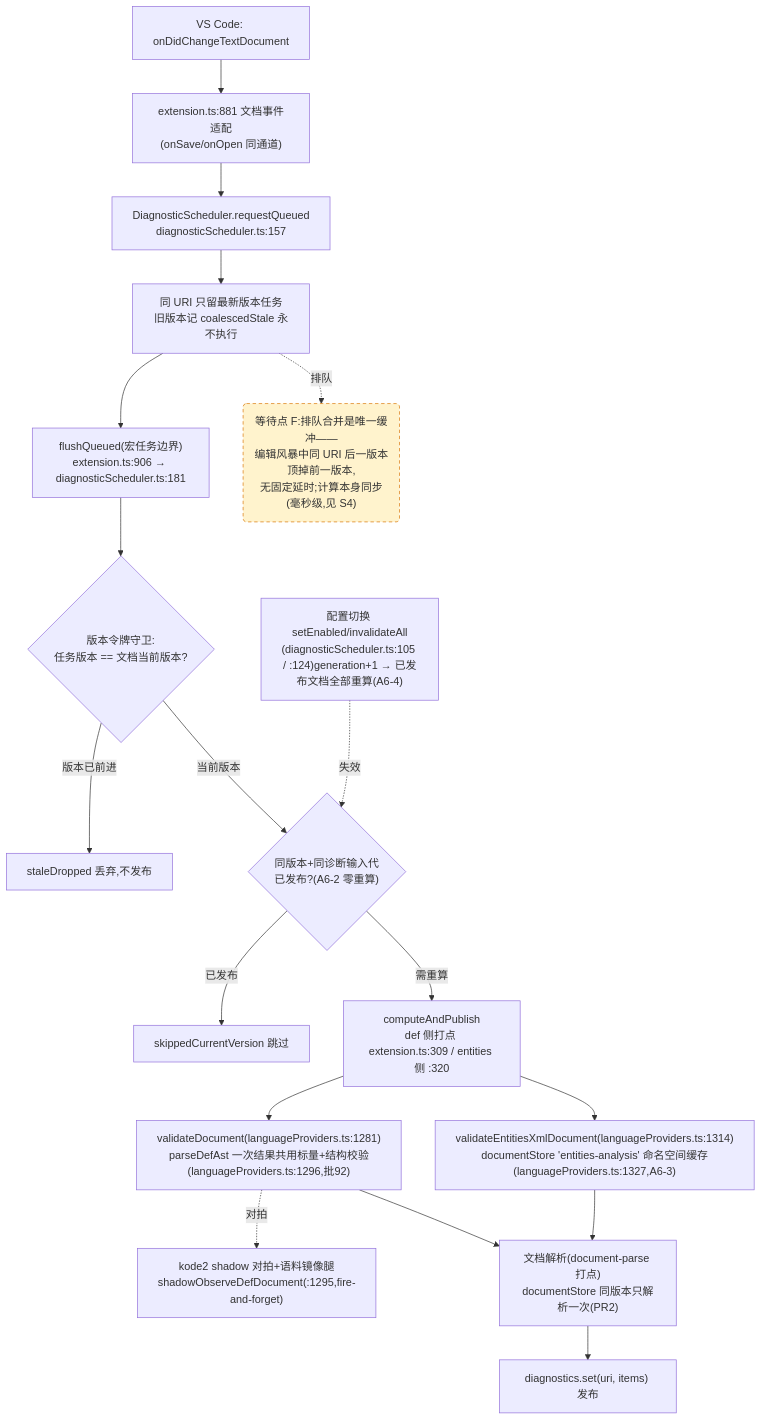
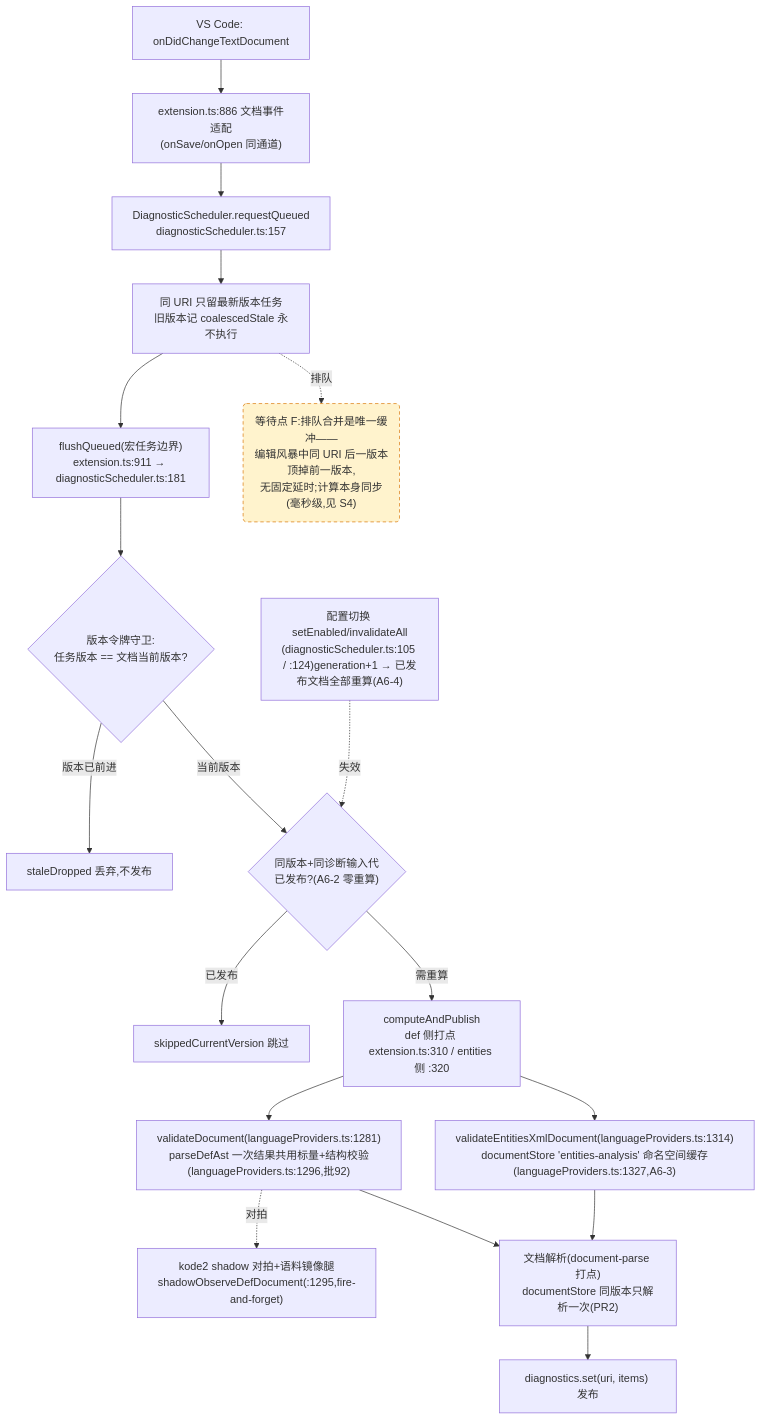
One commit to cuihairu/kode changed the fourth of 4 diagrams in docs/perf/2026-baseline.md. Above: the diagram before and after it, drawn with Mermaid. The commit also changed other lines of this file and 5 other files, not shown here.

````diff
--- a/docs/perf/2026-baseline.md
+++ b/docs/perf/2026-baseline.md
@@ -214,38 +214,38 @@
 ```mermaid
 flowchart TD
   CHG["VS Code: onDidChangeTextDocument"]
-  WATCH["extension.ts:881 文档事件适配<br/>(onSave/onOpen 同通道)"]
+  WATCH["extension.ts:886 文档事件适配<br/>(onSave/onOpen 同通道)"]
   RQ["DiagnosticScheduler.requestQueued<br/>diagnosticScheduler.ts:157"]
   CO["同 URI 只留最新版本任务<br/>旧版本记 coalescedStale 永不执行"]
-  FL["flushQueued(宏任务边界)<br/>extension.ts:906 → diagnosticScheduler.ts:181"]
+  FL["flushQueued(宏任务边界)<br/>extension.ts:911 → diagnosticScheduler.ts:181"]
   VG{"版本令牌守卫:<br/>任务版本 == 文档当前版本?"}
   DROP["staleDropped 丢弃,不发布"]
   GEN{"同版本+同诊断输入代<br/>已发布?(A6-2 零重算)"}
   SKIP["skippedCurrentVersion 跳过"]
-  CALC["computeAndPublish<br/>def 侧打点 extension.ts:309 / entities 侧 :320"]
+  CALC["computeAndPublish<br/>def 侧打点 extension.ts:310 / entities 侧 :320"]
   VD["validateDocument(languageProviders.ts:1281)<br/>parseDefAst 一次结果共用标量+结构校验(languageProviders.ts:1296,批92)"]
   VEX["validateEntitiesXmlDocument(languageProviders.ts:1314)<br/>documentStore 'entities-analysis' 命名空间缓存(languageProviders.ts:1327,A6-3)"]
   SHDD["kode2 shadow 对拍+语料镜像腿<br/>shadowObserveDefDocument(:1295,fire-and-forget)"]
   DS["文档解析(document-parse 打点)<br/>documentStore 同版本只解析一次(PR2)"]
   PUB["diagnostics.set(uri, items) 发布"]
   CFG2["配置切换 setEnabled/invalidateAll<br/>(diagnosticScheduler.ts:105 / :124)generation+1 → 已发布文档全部重算(A6-4)"]
 
   CHG --> WATCH --> RQ --> CO --> FL --> VG
   VG -- "版本已前进" --> DROP
   VG -- "当前版本" --> GEN
   GEN -- "已发布" --> SKIP
   GEN -- "需重算" --> CALC
   CALC --> VD
   CALC --> VEX
   VD --> DS
   VEX --> DS
   DS --> PUB
   VD -.->|对拍| SHDD
   CFG2 -.->|失效| GEN
 
   WAITF("等待点 F:排队合并是唯一缓冲——<br/>编辑风暴中同 URI 后一版本顶掉前一版本,<br/>无固定延时;计算本身同步(毫秒级,见 S4)")
   CO -.->|排队| WAITF
 
   classDef waitPoint fill:#fff3cd,stroke:#d97706,stroke-dasharray:5 4;
   class WAITF waitPoint;
 ```
````
